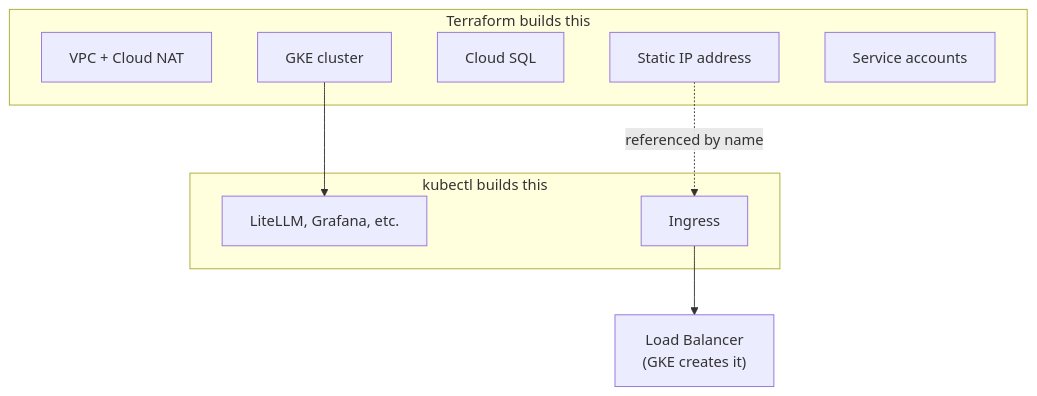
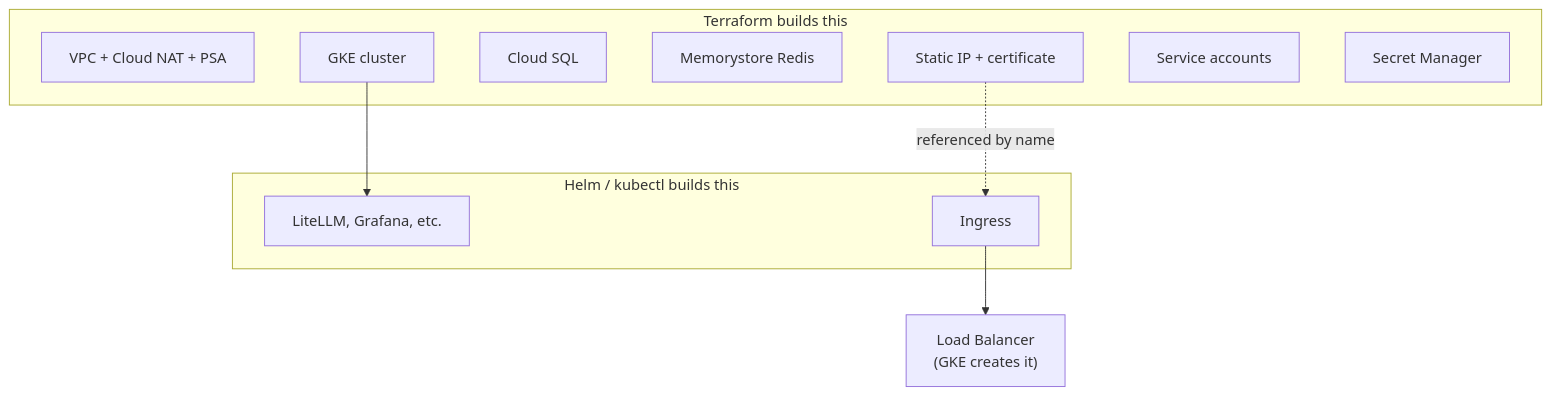
Before and after one commit to zessam/terraforge-inference: the second of 4 diagrams in terraform/README.md, drawn with Mermaid. The commit also changed other lines of this file and 5 other files, not shown here.

````diff
--- a/terraform/README.md
+++ b/terraform/README.md
@@ -36,21 +43,23 @@
 ```mermaid
 flowchart TB
     subgraph tf["Terraform builds this"]
-        net["VPC + Cloud NAT"]
+        net["VPC + Cloud NAT + PSA"]
         cluster["GKE cluster"]
         sql["Cloud SQL"]
-        ip["Static IP address"]
+        redis["Memorystore Redis"]
+        ip["Static IP + certificate"]
         iam["Service accounts"]
+        sec["Secret Manager"]
     end
 
-    subgraph kc["kubectl builds this"]
+    subgraph kc["Helm / kubectl builds this"]
         pods["LiteLLM, Grafana, etc."]
         ing["Ingress"]
     end
 
     glb["Load Balancer<br/>(GKE creates it)"]
 
     ip -.->|"referenced by name"| ing
     ing --> glb
     cluster --> pods
 ```
````
